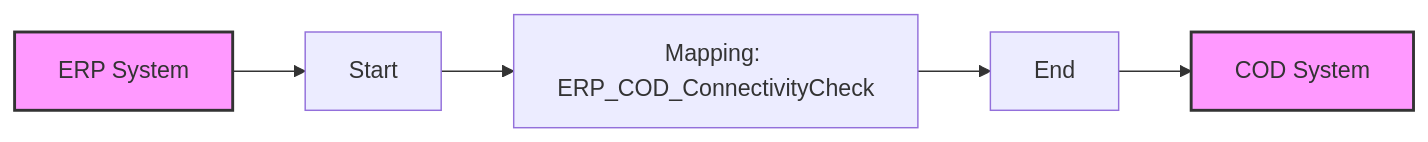
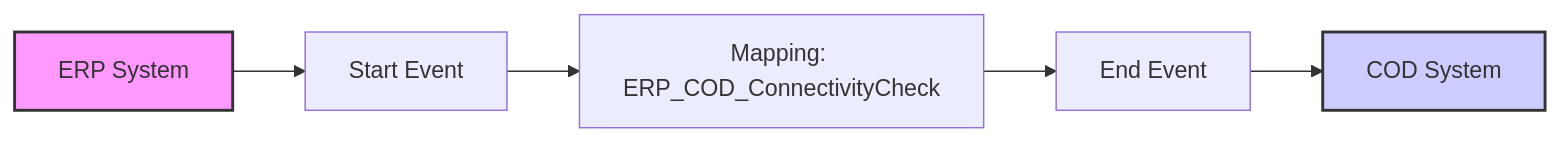
The diagram in MMZ - Cell Iflows/Check_Connectivity_from_SAP_Business_Suite_MMZ-1.0.3/readme.md (Avvale-IA-CICD/AvvaleCPI), drawn with Mermaid before and after one commit. The commit also changed other lines of this file, not shown here.

Commit message:
Add/update documentation for Check_Connectivity_from_SAP_Business_Suite_MMZ v1.0.3

````diff
--- a/MMZ - Cell Iflows/Check_Connectivity_from_SAP_Business_Suite_MMZ-1.0.3/readme.md
+++ b/MMZ - Cell Iflows/Check_Connectivity_from_SAP_Business_Suite_MMZ-1.0.3/readme.md
@@ -4,9 +4,9 @@
 ```mermaid
 graph LR
-    ERP[ERP System] --> StartEvent
-    StartEvent[Start] --> Mapping
-    Mapping[Mapping: ERP_COD_ConnectivityCheck] --> EndEvent
-    EndEvent[End] --> COD[COD System]
+    ERP[ERP System] --> StartEvent[Start Event]
+    StartEvent --> Mapping[Mapping: ERP_COD_ConnectivityCheck]
+    Mapping --> EndEvent[End Event]
+    EndEvent --> COD[COD System]
     style ERP fill:#f9f,stroke:#333,stroke-width:2px
-    style COD fill:#f9f,stroke:#333,stroke-width:2px
+    style COD fill:#ccf,stroke:#333,stroke-width:2px
 ```
````
